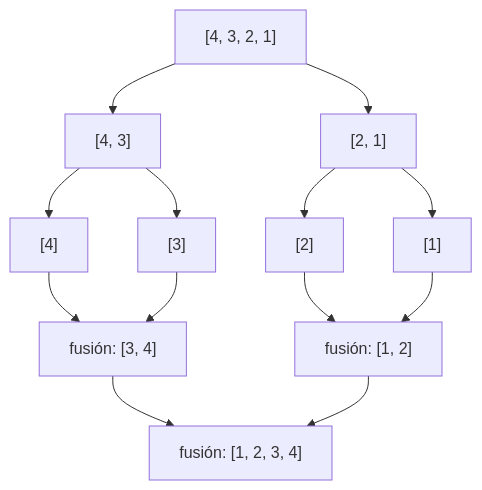
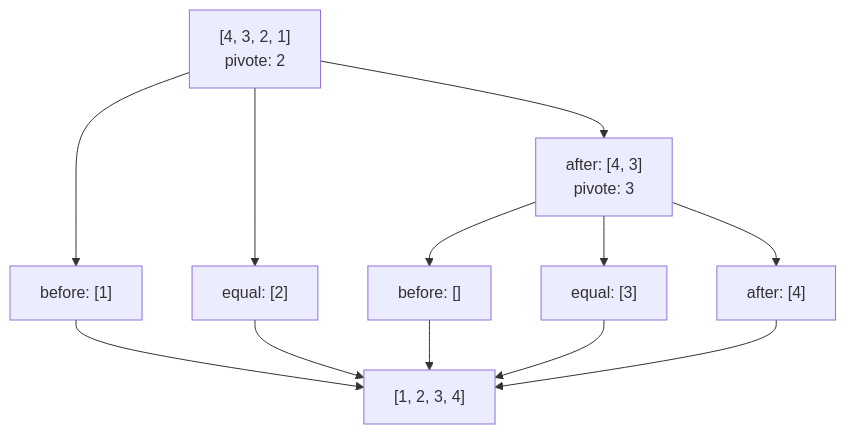
Before and after one commit to mintlify-demo/docs: the diagram in es/merge-sort-api/guides/how-it-works.mdx, drawn with Mermaid. The commit also changed other lines of this file and 19 other files, not shown here.

````diff
--- a/es/merge-sort-api/guides/how-it-works.mdx
+++ b/es/merge-sort-api/guides/how-it-works.mdx
@@ -11,15 +17,14 @@
 ```mermaid
 flowchart TD
-    A["[4, 3, 2, 1]"] --> B["[4, 3]"]
-    A --> C["[2, 1]"]
-    B --> D["[4]"]
-    B --> E["[3]"]
-    C --> F["[2]"]
-    C --> G["[1]"]
-    D --> H["fusión: [3, 4]"]
+    A["[4, 3, 2, 1]<br/>pivote: 2"] --> B["before: [1]"]
+    A --> C["equal: [2]"]
+    A --> D["after: [4, 3]<br/>pivote: 3"]
+    D --> E["before: []"]
+    D --> F["equal: [3]"]
+    D --> G["after: [4]"]
+    B --> H["[1, 2, 3, 4]"]
+    C --> H
     E --> H
-    F --> I["fusión: [1, 2]"]
-    G --> I
-    H --> J["fusión: [1, 2, 3, 4]"]
-    I --> J
+    F --> H
+    G --> H
 ```
````
